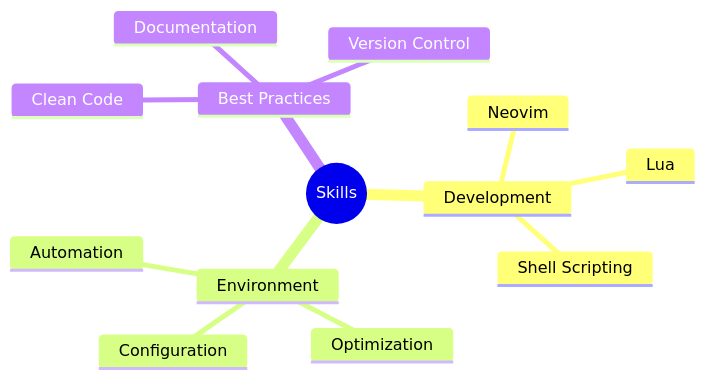
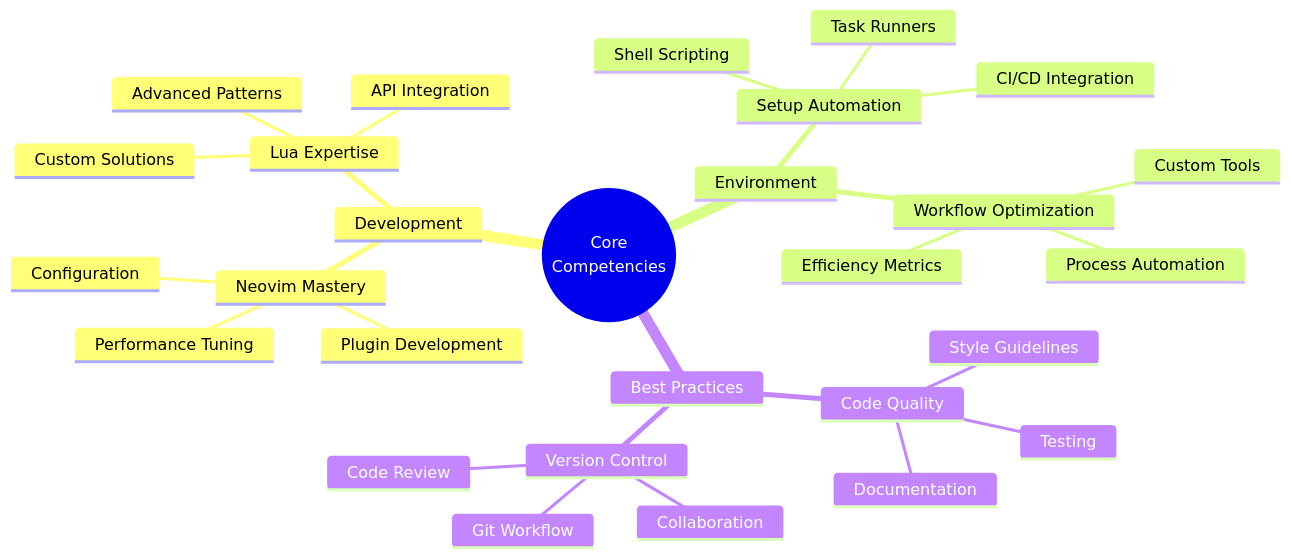
The diagram in README.md (Pouya-bit/Pouya-bit), drawn with Mermaid before and after one commit. The commit also changed other lines of this file, not shown here.

Commit message:
Transform profile with advanced features and stunning visuals

````diff
--- a/README.md
+++ b/README.md
@@ -116,16 +191,32 @@
 ```mermaid
 mindmap
-  root((Skills))
+  root((Core
+    Competencies))
     Development
-      Neovim
-      Lua
-      Shell Scripting
+      Neovim Mastery
+        Plugin Development
+        Configuration
+        Performance Tuning
+      Lua Expertise
+        Advanced Patterns
+        API Integration
+        Custom Solutions
     Environment
-      Configuration
-      Optimization
-      Automation
+      Setup Automation
+        Shell Scripting
+        Task Runners
+        CI/CD Integration
+      Workflow Optimization
+        Custom Tools
+        Process Automation
+        Efficiency Metrics
     Best Practices
-      Clean Code
-      Documentation
+      Code Quality
+        Style Guidelines
+        Documentation
+        Testing
       Version Control
+        Git Workflow
+        Collaboration
+        Code Review
 ```
````
